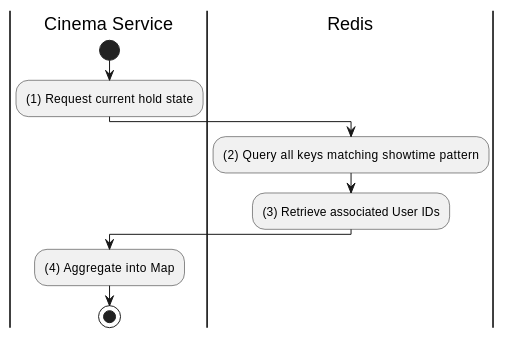
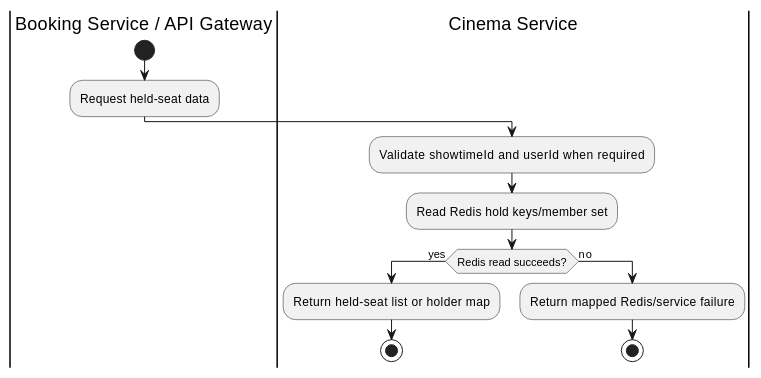
Before and after one commit to Tanh1603/movie-hub-architecture: the second of 2 diagrams in docs/functional_specs/3.5.3_Real-time_Seat_Selection/RT-05_Get_All_Held_Seats.md, drawn with PlantUML. The commit also changed other lines of this file and 126 other files, not shown here.

````diff
--- a/docs/functional_specs/3.5.3_Real-time_Seat_Selection/RT-05_Get_All_Held_Seats.md
+++ b/docs/functional_specs/3.5.3_Real-time_Seat_Selection/RT-05_Get_All_Held_Seats.md
@@ -31,13 +34,17 @@
 ```plantuml
 @startuml
+|Booking Service / API Gateway|
+start
+:Request held-seat data;
 |Cinema Service|
-start
-:(1) Request current hold state;
-|Redis|
-:(2) Query all keys matching showtime pattern;
-:(3) Retrieve associated User IDs;
-|Cinema Service|
-:(4) Aggregate into Map;
-stop
+:Validate showtimeId and userId when required;
+:Read Redis hold keys/member set;
+if (Redis read succeeds?) then (yes)
+  :Return held-seat list or holder map;
+  stop
+else (no)
+  :Return mapped Redis/service failure;
+  stop
+endif
 @enduml
 ```
````
